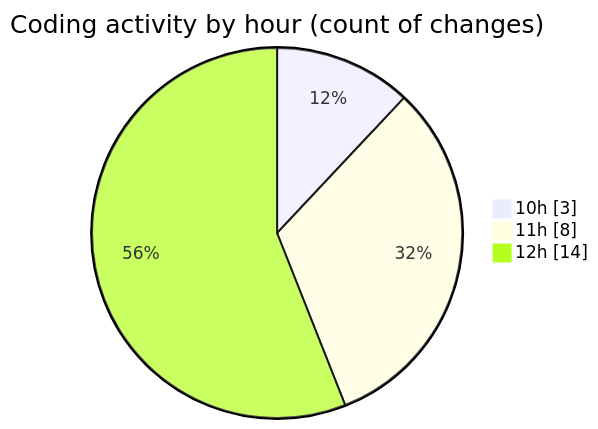
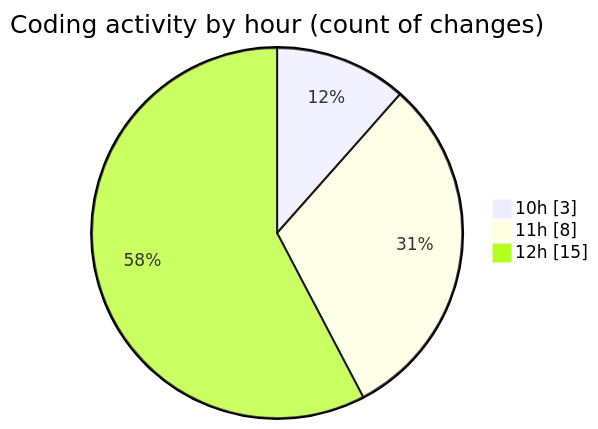
The second of 2 diagrams in 2025-10-15/nxtqube_webapp/README.md (nxtqubesakshisongat/code-tracking), drawn with Mermaid before and after one commit. The commit also changed other lines of this file and 1 other file, not shown here.

````diff
--- a/2025-10-15/nxtqube_webapp/README.md
+++ b/2025-10-15/nxtqube_webapp/README.md
@@ -28,7 +28,7 @@
 ```mermaid
 pie showData
 title Coding activity by hour (count of changes)
 "10h" : 3
 "11h" : 8
-"12h" : 14
+"12h" : 15
 ```
````
